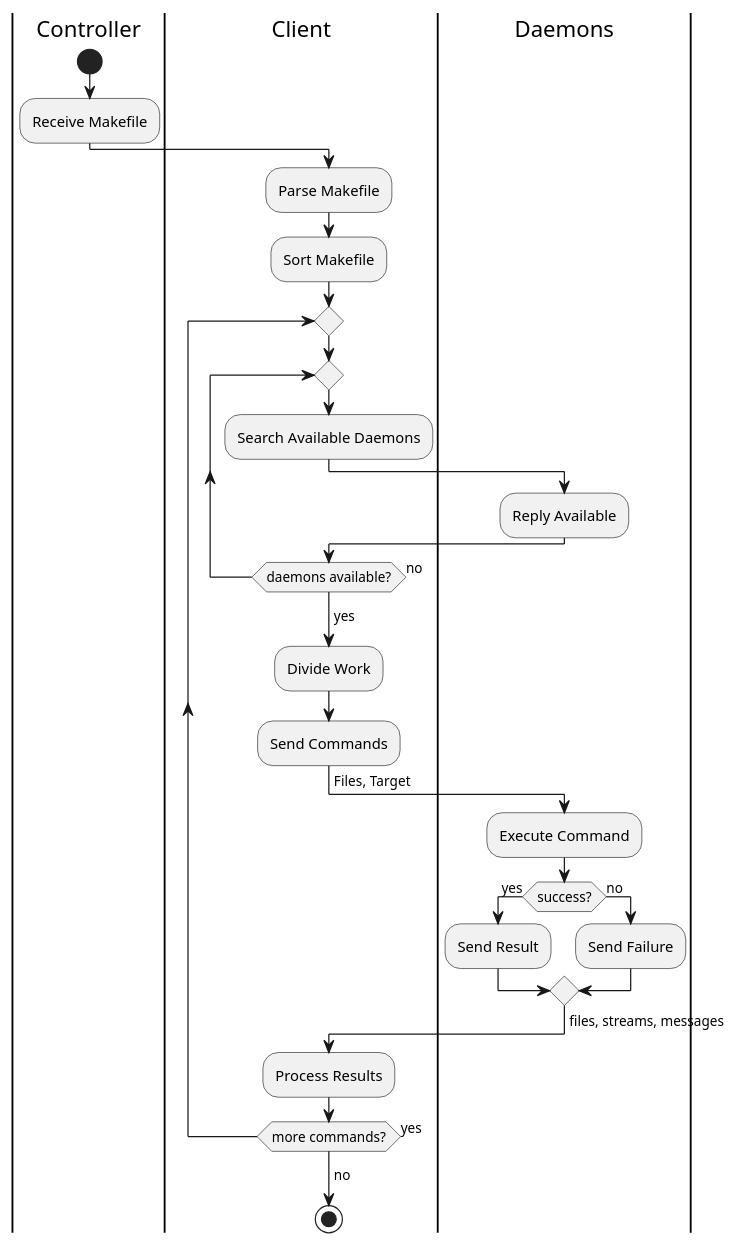
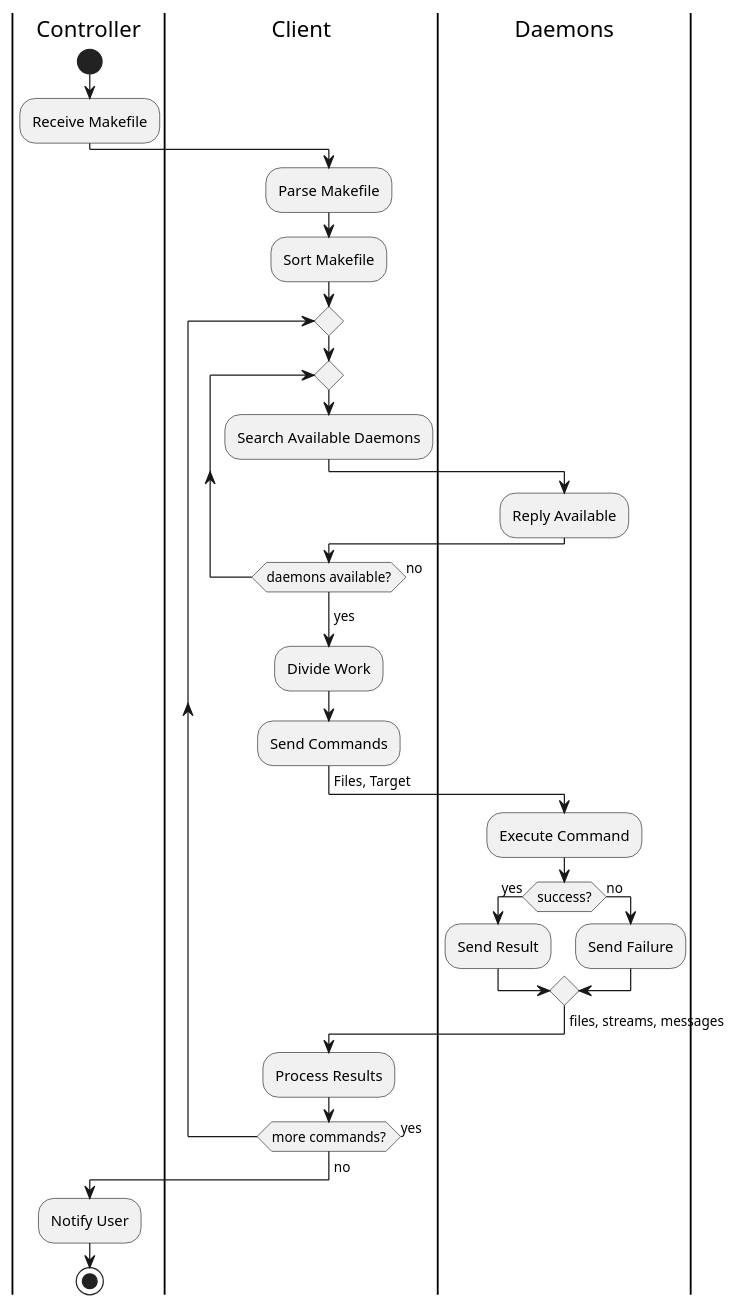
One commit to cs130-w21/1 changed the diagram in Activity/activity.plantuml. Above: the diagram before and after it, drawn with PlantUML.

Commit message:
Make CLI end task

```diff
--- a/Activity/activity.plantuml
+++ b/Activity/activity.plantuml
@@ -1,32 +1,34 @@
 @startuml
 |Controller|
 start
 :Receive Makefile;
 |Client|
 :Parse Makefile;
 :Sort Makefile;
 repeat
 	repeat
 		:Search Available Daemons;
 		|Daemons|
 		:Reply Available;
 		|Client|
 	repeat while(daemons available?) is (no)
 	->yes;
 	:Divide Work;
 	:Send Commands;
 	->Files, Target;
 	|Daemons|
 	:Execute Command;
 	if (success?) then (yes)
 		:Send Result;
 	else (no)
 		:Send Failure;
 	endif
 	->files, streams, messages;
 	|Client|
 	:Process Results;
 repeat while(more commands?) is (yes)
 ->no;
+|Controller|
+:Notify User;
 stop
 @enduml
```
